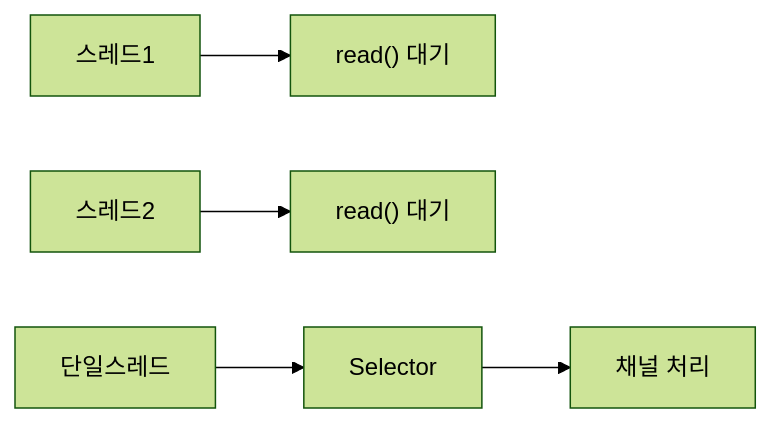
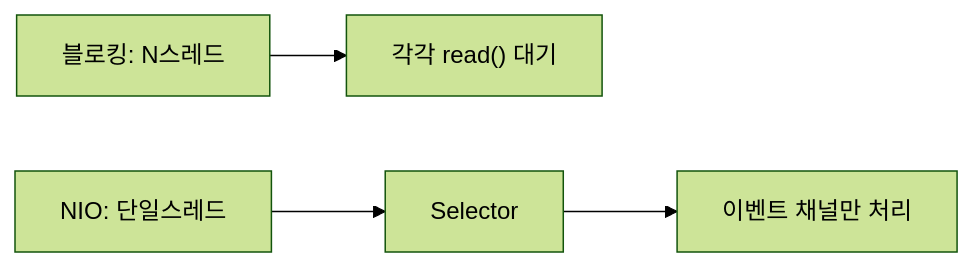
The fourth of 5 diagrams in _posts/java/2026-05-01-java-network.md (yjkim2015/yjkim2015.github.io), drawn with Mermaid (forest theme) before and after one commit. The commit also changed other lines of this file and 245 other files, not shown here.

First line of the commit message:
Mermaid 다이어그램 전면 수정 + 면접 포인트 접기/펼치기 + DB 데드락 페이지

````diff
--- a/_posts/java/2026-05-01-java-network.md
+++ b/_posts/java/2026-05-01-java-network.md
@@ -516,6 +516,6 @@
 ```mermaid
 graph LR
-    T1["스레드1"] --> W1["read() 대기"]
-    T2["스레드2"] --> W2["read() 대기"]
-    D["단일스레드"] --> E["Selector"] --> F["채널 처리"]
+    A["블로킹: N스레드"] --> B["각각 read() 대기"]
+    C["NIO: 단일스레드"] --> D["Selector"]
+    D --> E["이벤트 채널만 처리"]
 ```
````
